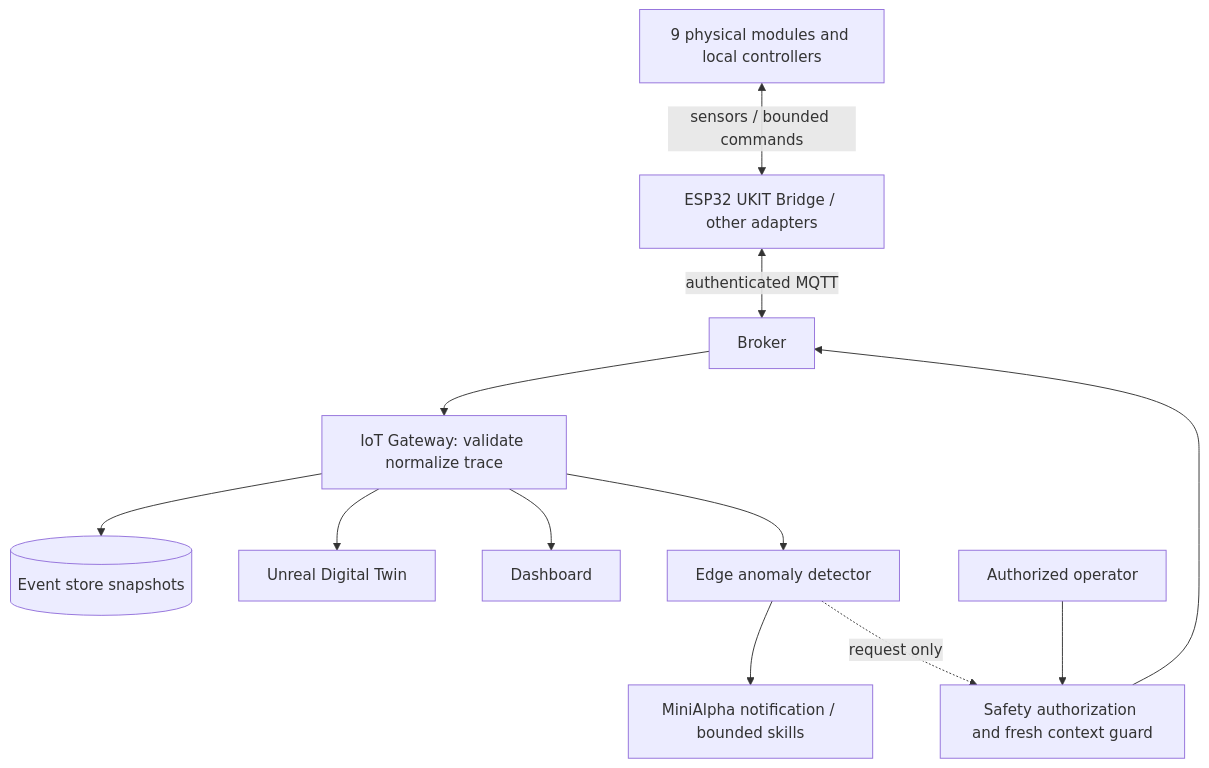
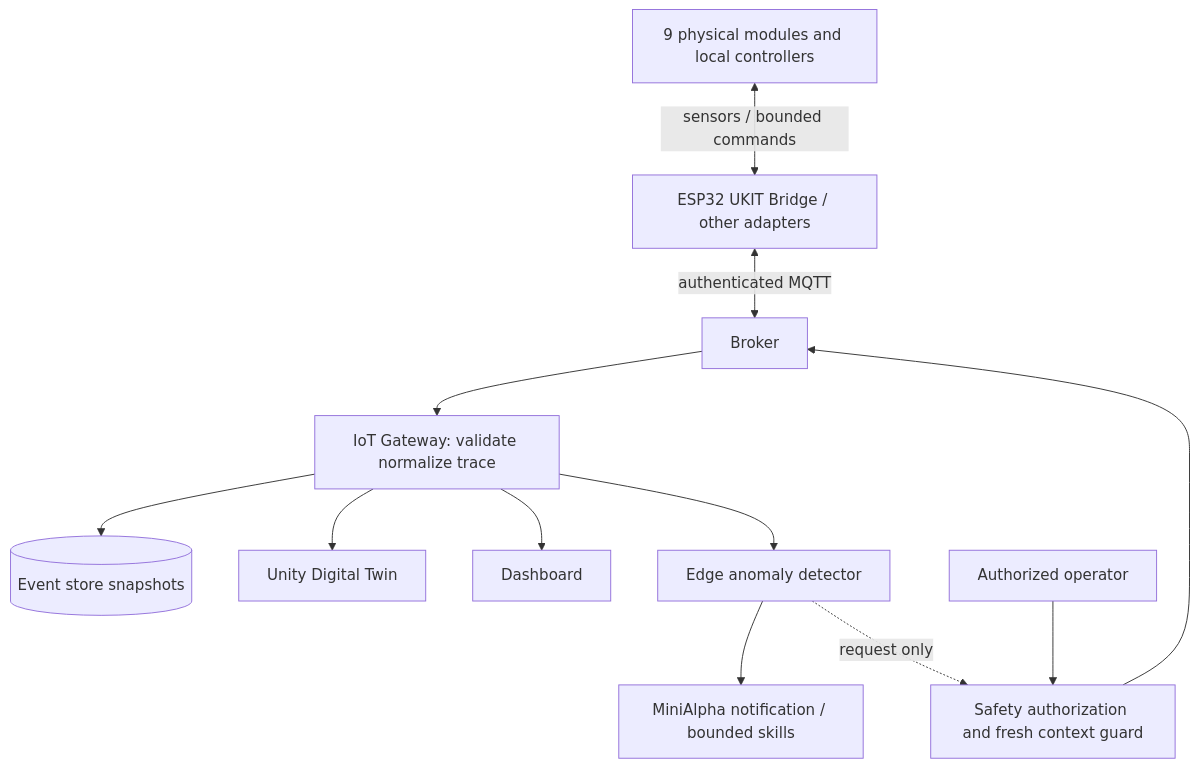
Before and after one commit to vinhphan812/smart-factory: the second of 2 diagrams in docs/architecture/overview.md, drawn with Mermaid. The commit also changed other lines of this file and 10 other files, not shown here.

Commit message:
docs: align Smart Factory engineering documentation to Unity Digital Twin

````diff
--- a/docs/architecture/overview.md
+++ b/docs/architecture/overview.md
@@ -23,14 +23,14 @@
 ```mermaid
 flowchart TD
   Factory[9 physical modules and local controllers] <-->|sensors / bounded commands| Bridge[ESP32 UKIT Bridge / other adapters]
   Bridge <-->|authenticated MQTT| Broker[Broker]
   Broker --> Gateway[IoT Gateway: validate normalize trace]
   Gateway --> Store[(Event store snapshots)]
-  Gateway --> Twin[Unreal Digital Twin]
+  Gateway --> Twin[Unity Digital Twin]
   Gateway --> Dash[Dashboard]
   Gateway --> Edge[Edge anomaly detector]
   Edge --> Robot[MiniAlpha notification / bounded skills]
   Operator[Authorized operator] --> Guard[Safety authorization and fresh context guard]
   Edge -. request only .-> Guard
   Guard --> Broker
 ```
````
